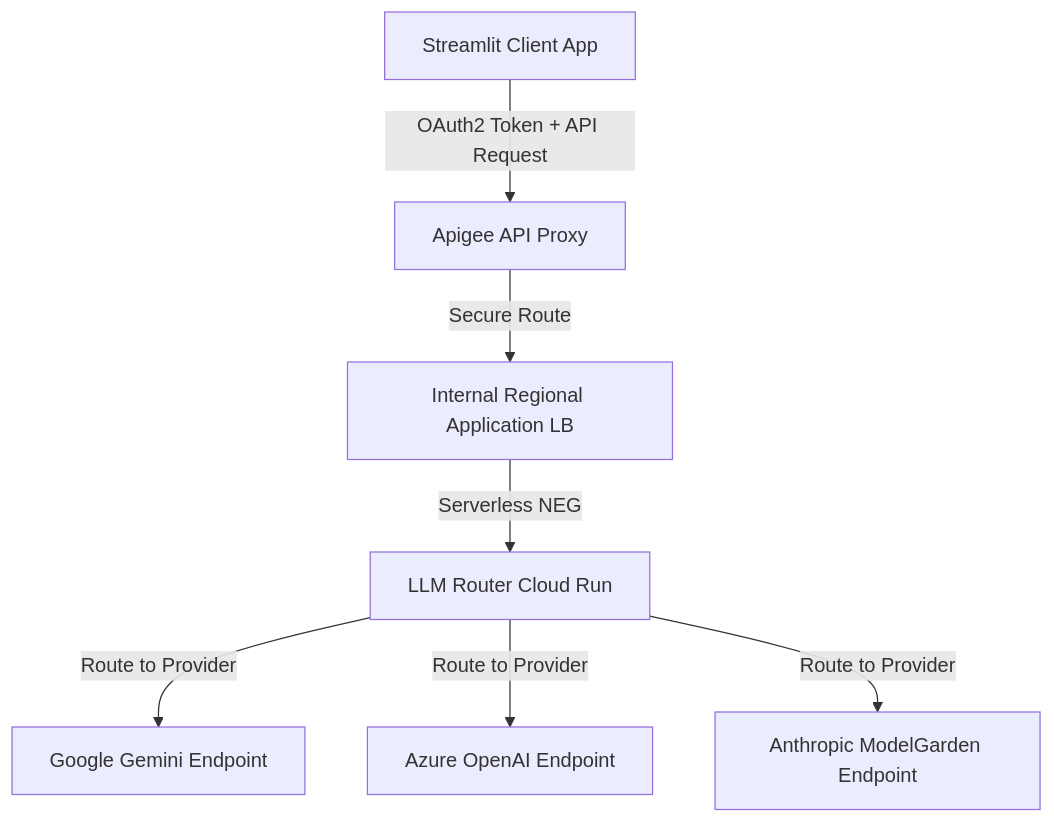
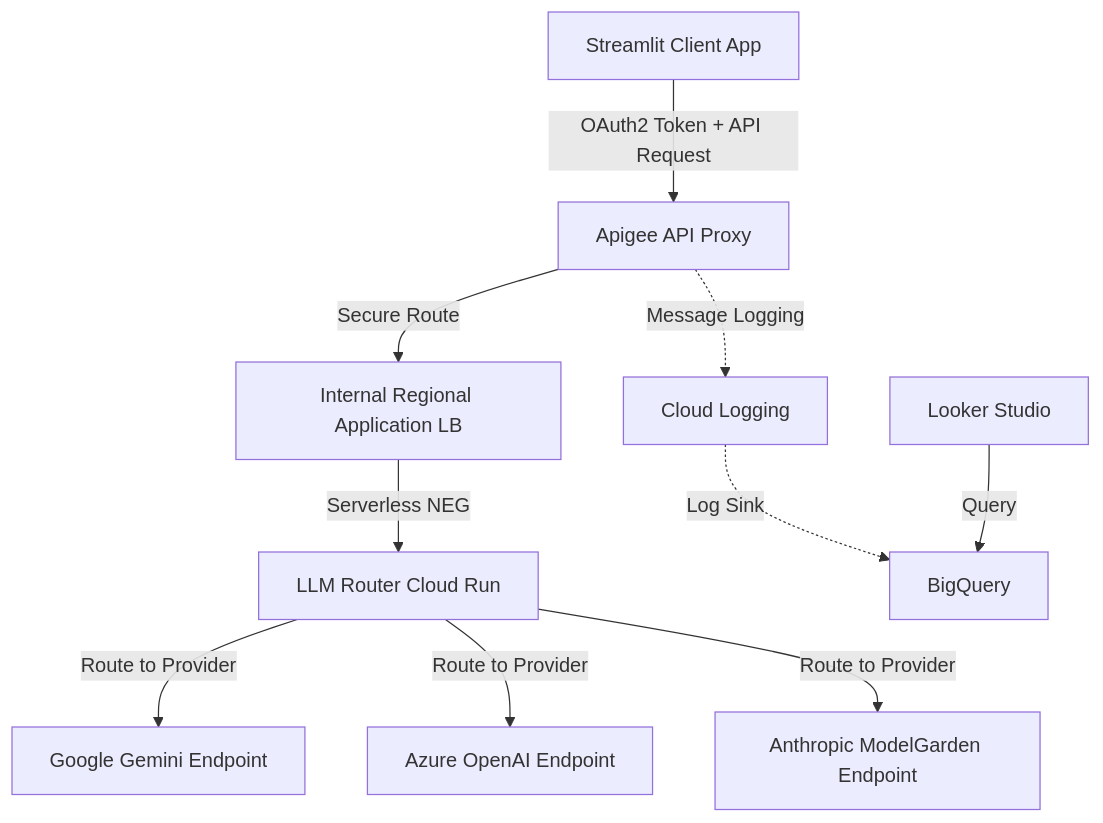
One commit to cbhong-ops/aigw-llm-gateway changed the diagram in README.md. Above: the diagram before and after it, drawn with Mermaid. The commit also changed other lines of this file, not shown here.

Commit message:
add logging and dashboard

````diff
--- a/README.md
+++ b/README.md
@@ -13,9 +13,13 @@
 ```mermaid
 graph TD
     Client[Streamlit Client App] -->|OAuth2 Token + API Request| Apigee[Apigee API Proxy]
     Apigee -->|Secure Route| ILB[Internal Regional Application LB]
     ILB -->|Serverless NEG| Router[LLM Router Cloud Run]
     Router -->|Route to Provider| Gemini[Google Gemini Endpoint]
     Router -->|Route to Provider| AzureOpenAI[Azure OpenAI Endpoint]
     Router -->|Route to Provider| Anthropic[Anthropic ModelGarden Endpoint]
+    
+    Apigee -.->|Message Logging| CloudLogging[Cloud Logging]
+    CloudLogging -.->|Log Sink| BQ[BigQuery]
+    Looker[Looker Studio] -->|Query| BQ
 ```
````
